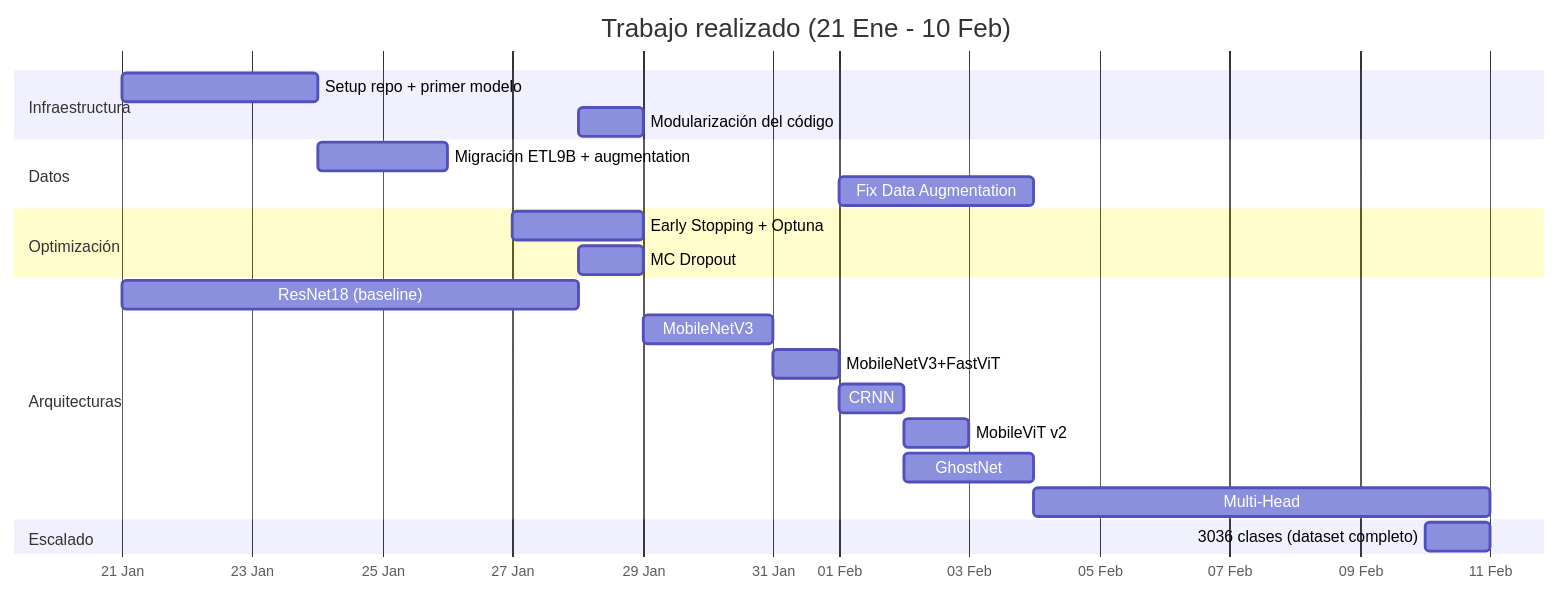
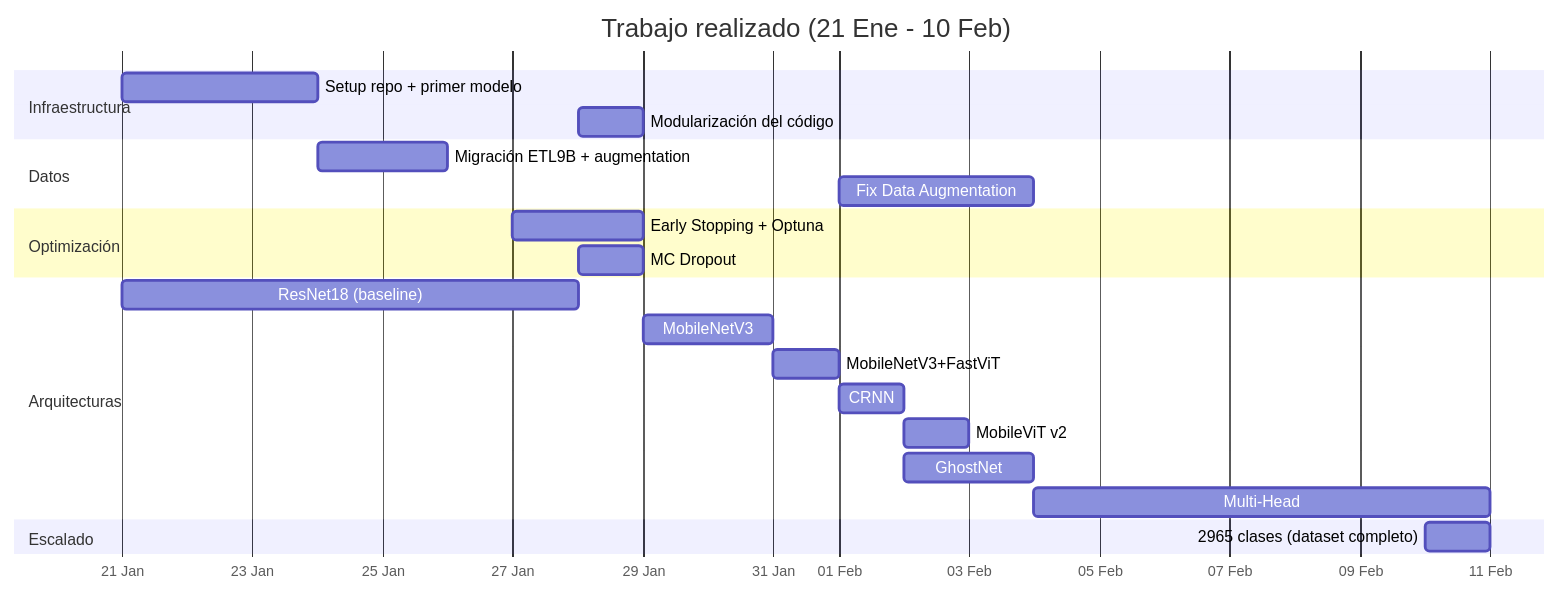
One commit to TychoQS/kanjime-model changed the diagram in MEETINGS/walkthrough.md. Above: the diagram before and after it, drawn with Mermaid. The commit also changed other lines of this file, not shown here.

````diff
--- a/MEETINGS/walkthrough.md
+++ b/MEETINGS/walkthrough.md
@@ -164,30 +164,30 @@
 ```mermaid
 gantt
     title Trabajo realizado (21 Ene - 10 Feb)
     dateFormat  YYYY-MM-DD
     axisFormat  %d %b
 
     section Infraestructura
     Setup repo + primer modelo       :2026-01-21, 3d
     Modularización del código        :2026-01-28, 1d
 
     section Datos
     Migración ETL9B + augmentation   :2026-01-24, 2d
     Fix Data Augmentation            :2026-02-01, 3d
 
     section Optimización
     Early Stopping + Optuna          :2026-01-27, 2d
     MC Dropout                       :2026-01-28, 1d
 
     section Arquitecturas
     ResNet18 (baseline)              :2026-01-21, 7d
     MobileNetV3                      :2026-01-29, 2d
     MobileNetV3+FastViT              :2026-01-31, 1d
     CRNN                             :2026-02-01, 1d
     MobileViT v2                     :2026-02-02, 1d
     GhostNet                         :2026-02-02, 2d
     Multi-Head                       :2026-02-04, 7d
 
     section Escalado
-    3036 clases (dataset completo)   :2026-02-10, 1d
+    2965 clases (dataset completo)   :2026-02-10, 1d
 ```
````
